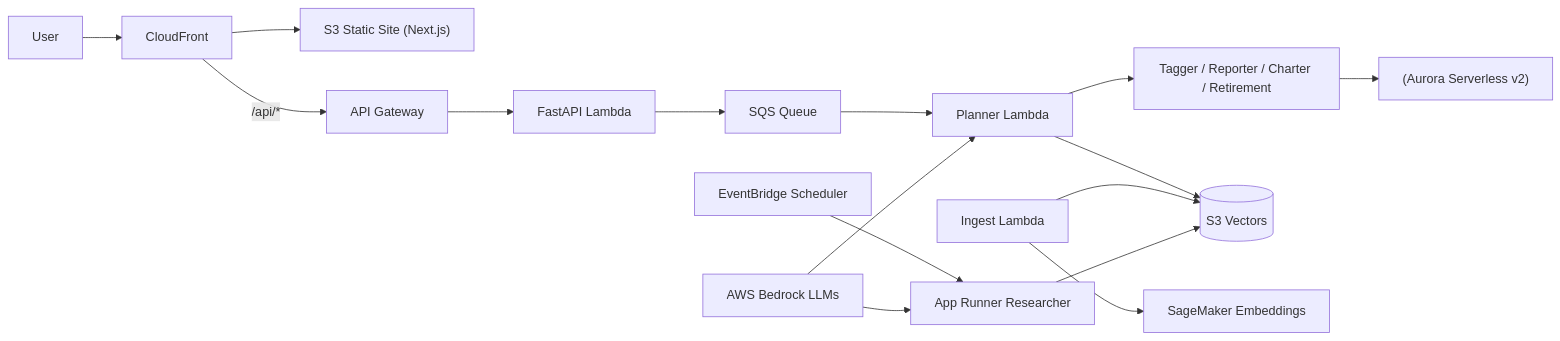
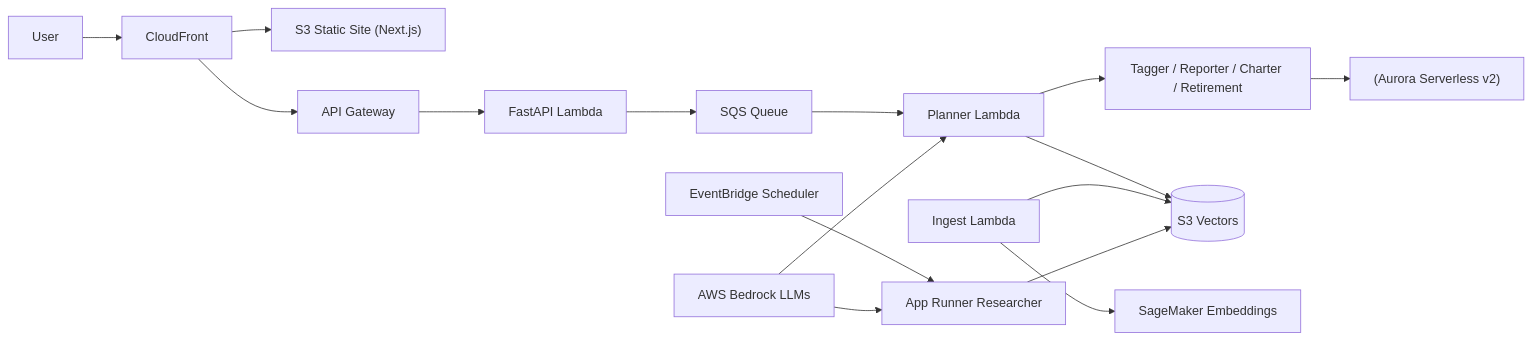
Before and after one commit to Ch3rry-Pi3-AI/LLMOps-Financial-Planner: the first of 2 diagrams in README.md, drawn with Mermaid.

Commit message:
Fix flowchart connection to API Gateway

````diff
--- a/README.md
+++ b/README.md
@@ -5,18 +5,18 @@
 ```mermaid
 flowchart LR
     U[User] --> CF[CloudFront]
     CF --> S3["S3 Static Site (Next.js)"]
-    CF -->|/api/*| APIGW[API Gateway]
+    CF --> APIGW[API Gateway]
     APIGW --> API[FastAPI Lambda]
     API --> SQS[SQS Queue]
     SQS --> Planner[Planner Lambda]
     Planner --> Agents[Tagger / Reporter / Charter / Retirement]
     Agents --> DB["(Aurora Serverless v2)"]
     Planner --> Vectors[(S3 Vectors)]
     Ingest[Ingest Lambda] --> SageMaker[SageMaker Embeddings]
     Ingest --> Vectors
     Researcher[App Runner Researcher] --> Vectors
     EventBridge[EventBridge Scheduler] --> Researcher
     Bedrock[AWS Bedrock LLMs] --> Planner
     Bedrock --> Researcher
 ```
````
